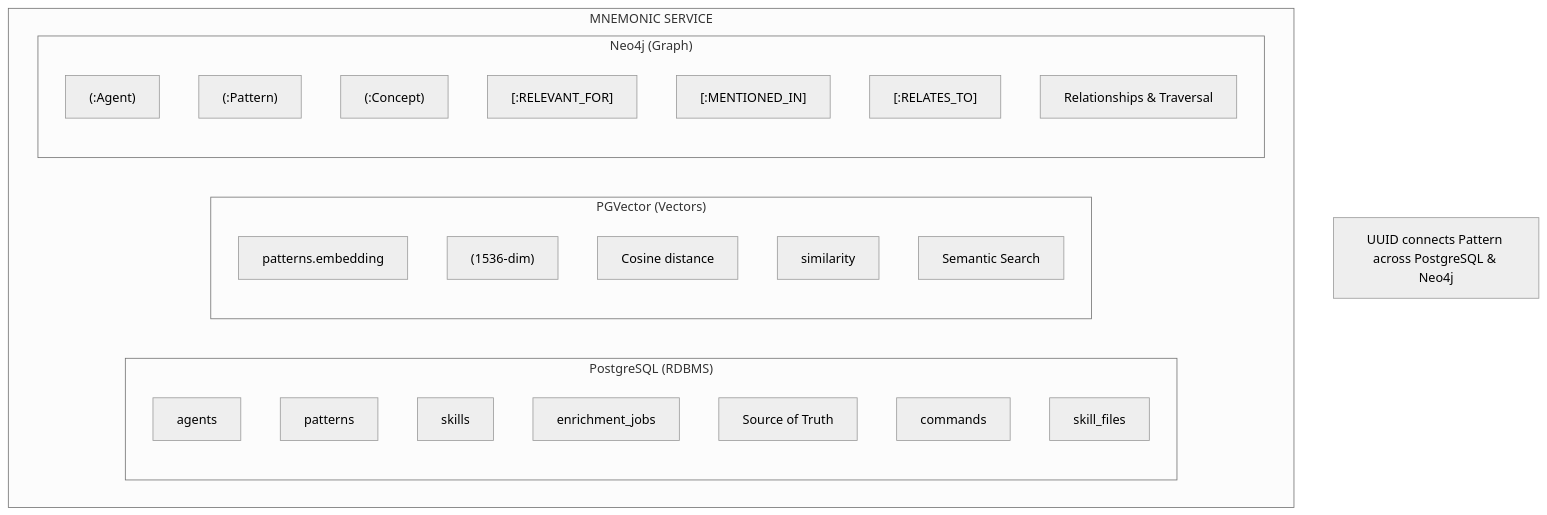
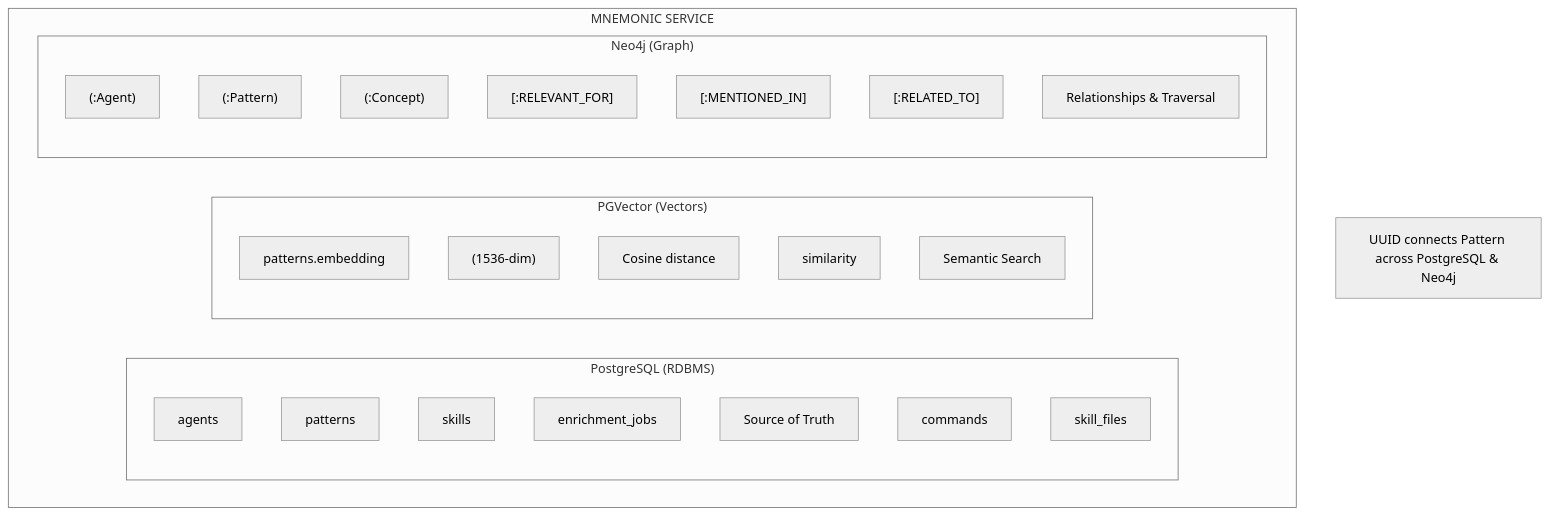
One commit to twistingmercury/mnemonic-mcp changed the first of 4 diagrams in docs/architecture/05-database-integration-flow.md. Above: the diagram before and after it, drawn with Mermaid (neutral theme). The commit also changed other lines of this file and 5 other files, not shown here.

Commit message:
04-data-architecture reviewed and updated

````diff
--- a/docs/architecture/05-database-integration-flow.md
+++ b/docs/architecture/05-database-integration-flow.md
@@ -72,34 +72,34 @@
 ```mermaid
 flowchart TB
     subgraph MNEMONIC_SERVICE["MNEMONIC SERVICE"]
         subgraph PostgreSQL["PostgreSQL (RDBMS)"]
             PG1["agents"]
             PG2["patterns"]
             PG3["skills"]
             PG4["enrichment_jobs"]
             PG5["Source of Truth"]
             PG6["commands"]
             PG7["skill_files"]
         end
 
         subgraph PGVector["PGVector (Vectors)"]
             PV1["patterns.embedding"]
             PV2["(1536-dim)"]
             PV3["Cosine distance"]
             PV4["similarity"]
             PV5["Semantic Search"]
         end
 
         subgraph Neo4j["Neo4j (Graph)"]
             N1["(:Agent)"]
             N2["(:Pattern)"]
             N3["(:Concept)"]
             N4["[:RELEVANT_FOR]"]
             N5["[:MENTIONED_IN]"]
-            N6["[:RELATES_TO]"]
+            N6["[:RELATED_TO]"]
             N7["Relationships & Traversal"]
         end
     end
 
     Note["UUID connects Pattern across PostgreSQL & Neo4j"]
 ```
````
